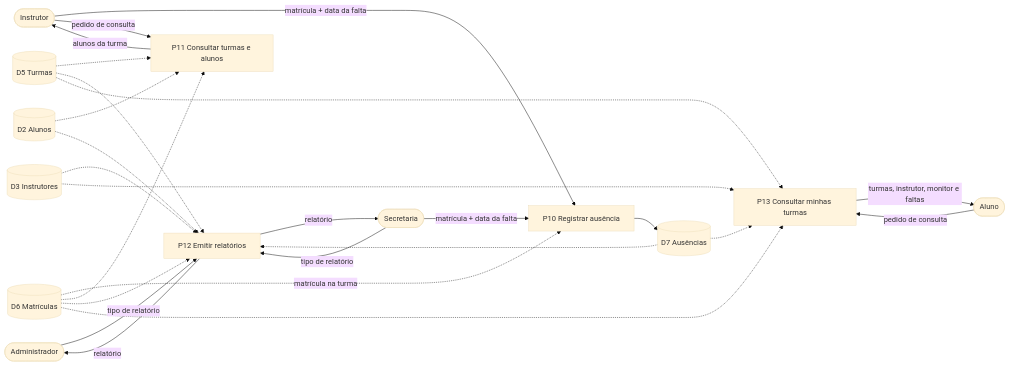
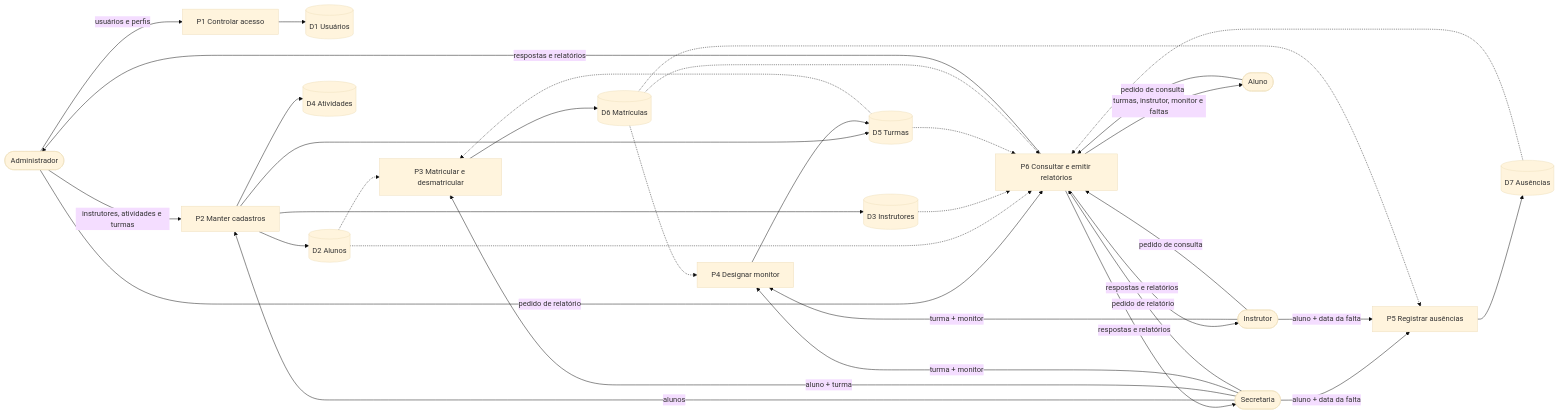
The second of 2 diagrams in 02-dfd/dfd-eventos.md (helleenlara/projeto-academia), drawn with Mermaid (base theme) before and after one commit. The commit also changed other lines of this file, not shown here.

````diff
--- a/02-dfd/dfd-eventos.md
+++ b/02-dfd/dfd-eventos.md
@@ -169,46 +65,61 @@
 ```mermaid
 flowchart LR
     ADM([Administrador])
     SEC([Secretaria])
     INS([Instrutor])
     ALU([Aluno])
 
-    P10[P10 Registrar ausência]
-    P11[P11 Consultar turmas e alunos]
-    P12[P12 Emitir relatórios]
-    P13[P13 Consultar minhas turmas]
+    P1[P1 Controlar acesso]
+    P2[P2 Manter cadastros]
+    P3[P3 Matricular e desmatricular]
+    P4[P4 Designar monitor]
+    P5[P5 Registrar ausências]
+    P6[P6 Consultar e emitir relatórios]
 
+    D1[(D1 Usuários)]
     D2[(D2 Alunos)]
     D3[(D3 Instrutores)]
+    D4[(D4 Atividades)]
     D5[(D5 Turmas)]
     D6[(D6 Matrículas)]
     D7[(D7 Ausências)]
 
-    INS -->|matrícula + data da falta| P10
-    SEC -->|matrícula + data da falta| P10
-    D6 -.->|matrícula na turma| P10
-    P10 --> D7
+    ADM -->|usuários e perfis| P1
+    P1 --> D1
 
-    INS -->|pedido de consulta| P11
-    D5 -.-> P11
-    D6 -.-> P11
-    D2 -.-> P11
-    P11 -->|alunos da turma| INS
+    ADM -->|instrutores, atividades e turmas| P2
+    SEC -->|alunos| P2
+    P2 --> D2
+    P2 --> D3
+    P2 --> D4
+    P2 --> D5
 
-    ADM -->|tipo de relatório| P12
-    SEC -->|tipo de relatório| P12
-    D2 -.-> P12
-    D3 -.-> P12
-    D5 -.-> P12
-    D6 -.-> P12
-    D7 -.-> P12
-    P12 -->|relatório| ADM
-    P12 -->|relatório| SEC
+    SEC -->|aluno + turma| P3
+    D2 -.-> P3
+    D5 -.-> P3
+    P3 --> D6
 
-    ALU -->|pedido de consulta| P13
-    D3 -.-> P13
-    D5 -.-> P13
-    D6 -.-> P13
-    D7 -.-> P13
-    P13 -->|turmas, instrutor, monitor e faltas| ALU
+    SEC -->|turma + monitor| P4
+    INS -->|turma + monitor| P4
+    D6 -.-> P4
+    P4 --> D5
+
+    SEC -->|aluno + data da falta| P5
+    INS -->|aluno + data da falta| P5
+    D6 -.-> P5
+    P5 --> D7
+
+    INS -->|pedido de consulta| P6
+    SEC -->|pedido de relatório| P6
+    ADM -->|pedido de relatório| P6
+    ALU -->|pedido de consulta| P6
+    D2 -.-> P6
+    D3 -.-> P6
+    D5 -.-> P6
+    D6 -.-> P6
+    D7 -.-> P6
+    P6 -->|respostas e relatórios| INS
+    P6 -->|respostas e relatórios| SEC
+    P6 -->|respostas e relatórios| ADM
+    P6 -->|turmas, instrutor, monitor e faltas| ALU
 ```
````
